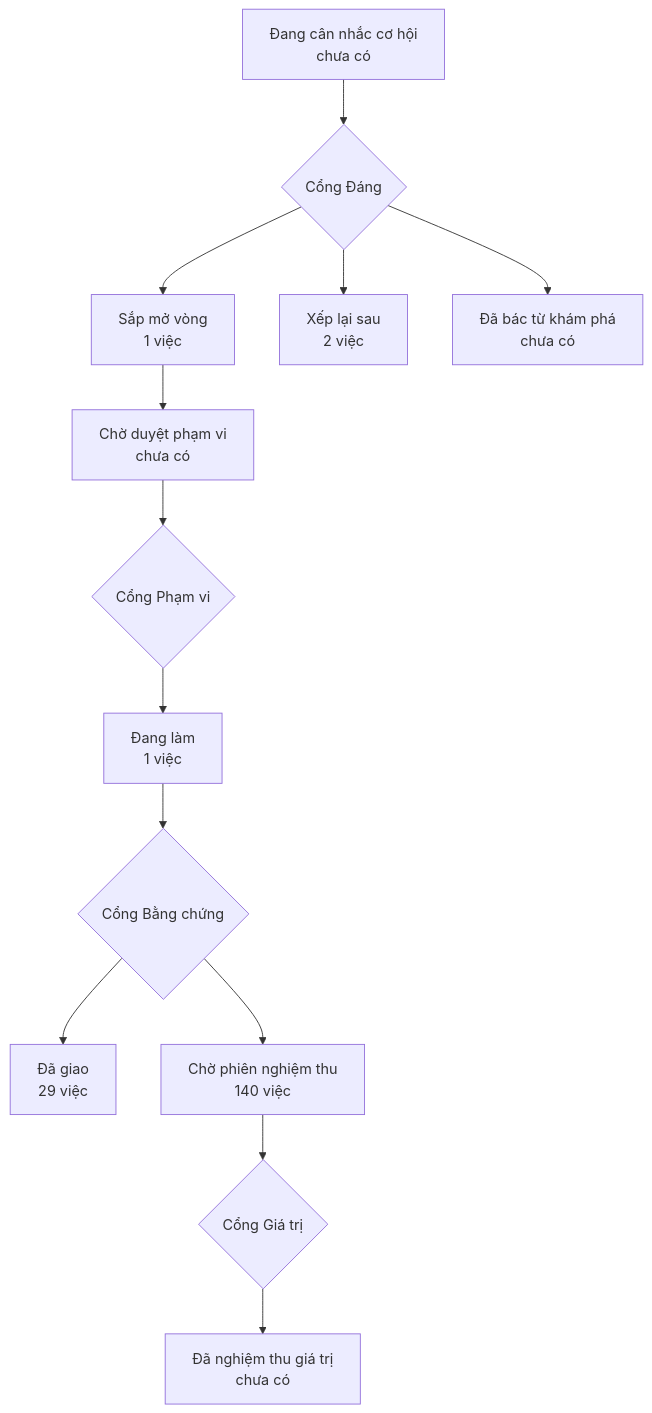
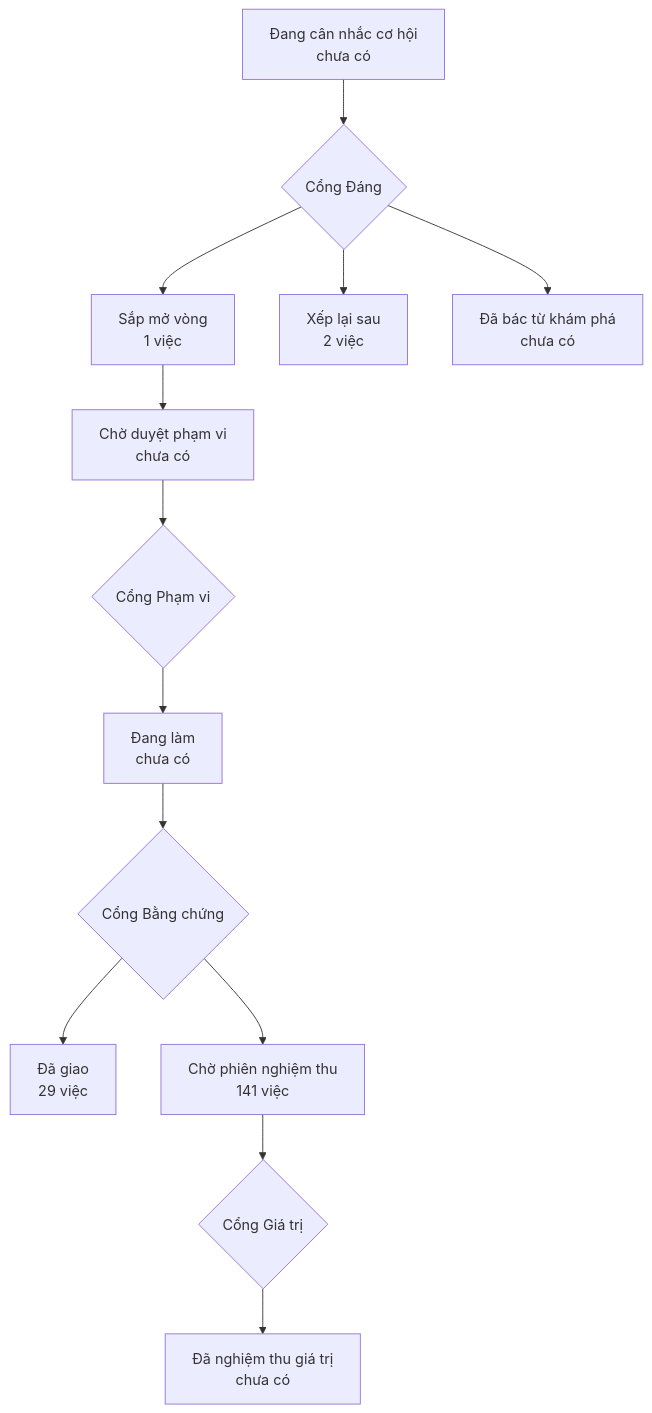
Before and after one commit to phanlemanh/onehub-quy-hang: the diagram in PRODUCT-MAP.md, drawn with Mermaid. The commit also changed other lines of this file and 4 other files, not shown here.

````diff
--- a/PRODUCT-MAP.md
+++ b/PRODUCT-MAP.md
@@ -7,12 +7,12 @@
 ```mermaid
 flowchart TD
   A["Đang cân nhắc cơ hội<br/>chưa có"] --> GD{"Cổng Đáng"}
   GD --> B["Sắp mở vòng<br/>1 việc"]
   GD --> XL["Xếp lại sau<br/>2 việc"]
   GD --> DB["Đã bác từ khám phá<br/>chưa có"]
   B --> CD["Chờ duyệt phạm vi<br/>chưa có"] --> GP{"Cổng Phạm vi"}
-  GP --> DL["Đang làm<br/>1 việc"] --> GB{"Cổng Bằng chứng"}
+  GP --> DL["Đang làm<br/>chưa có"] --> GB{"Cổng Bằng chứng"}
   GB --> DG["Đã giao<br/>29 việc"]
-  GB --> CN["Chờ phiên nghiệm thu<br/>140 việc"] --> GG{"Cổng Giá trị"}
+  GB --> CN["Chờ phiên nghiệm thu<br/>141 việc"] --> GG{"Cổng Giá trị"}
   GG --> NT["Đã nghiệm thu giá trị<br/>chưa có"]
 ```
````
